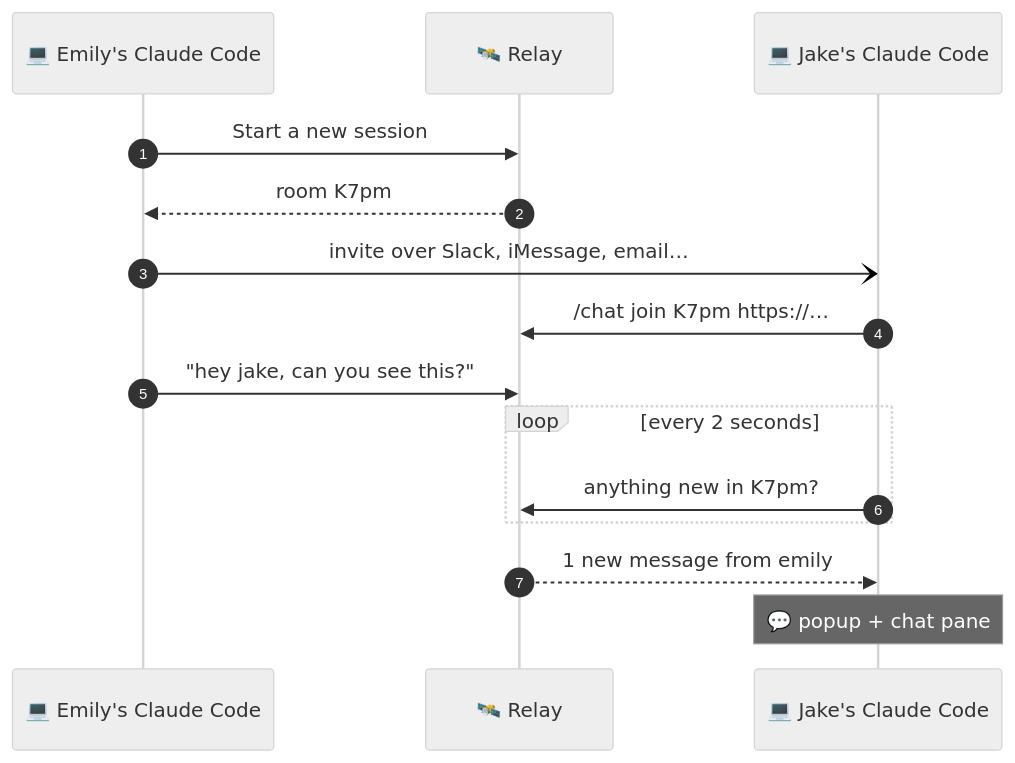
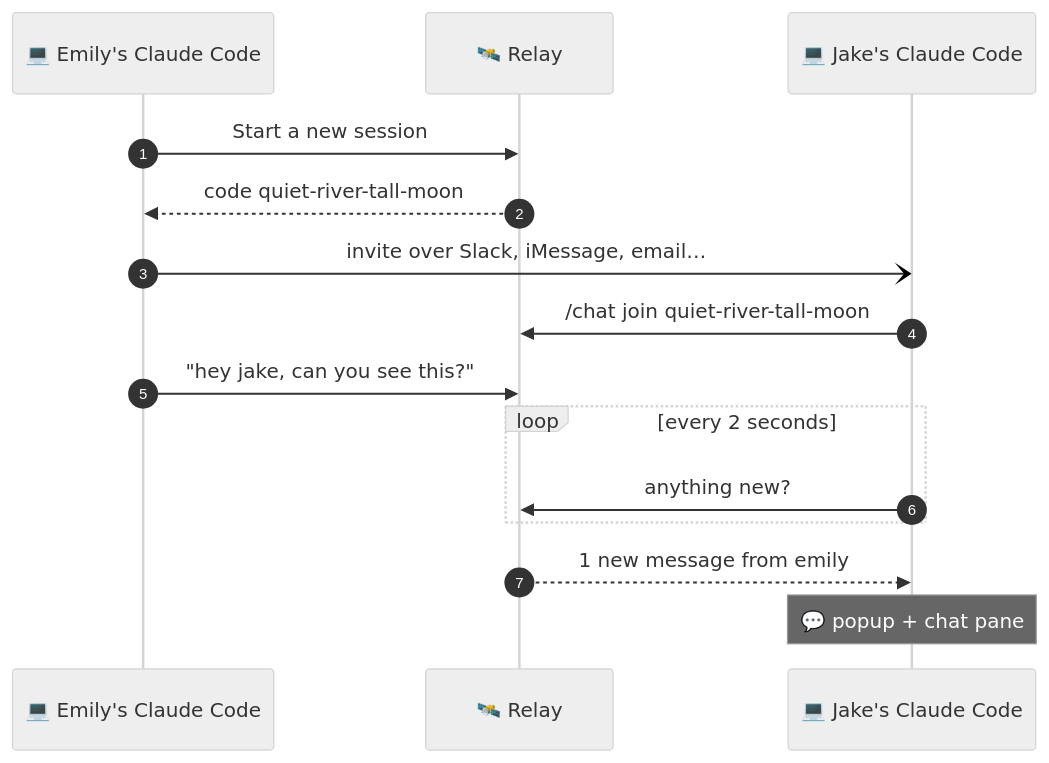
One commit to lovieco/claude-team-chat changed the second of 2 diagrams in README.md. Above: the diagram before and after it, drawn with Mermaid (neutral theme). The commit also changed other lines of this file and 8 other files, not shown here.

First line of the commit message:
Join with one code: the host's tunnel name; one-line bar with minimize

````diff
--- a/README.md
+++ b/README.md
@@ -119,17 +119,17 @@
 ```mermaid
 sequenceDiagram
     autonumber
     participant E as 💻 Emily's Claude Code
     participant R as 🛰️ Relay
     participant J as 💻 Jake's Claude Code
     E->>R: Start a new session
-    R-->>E: room K7pm
+    R-->>E: code quiet-river-tall-moon
     E-)J: invite over Slack, iMessage, email…
-    J->>R: /chat join K7pm https://…
+    J->>R: /chat join quiet-river-tall-moon
     E->>R: "hey jake, can you see this?"
     loop every 2 seconds
-        J->>R: anything new in K7pm?
+        J->>R: anything new?
     end
     R-->>J: 1 new message from emily
     Note over J: 💬 popup + chat pane
 ```
````
